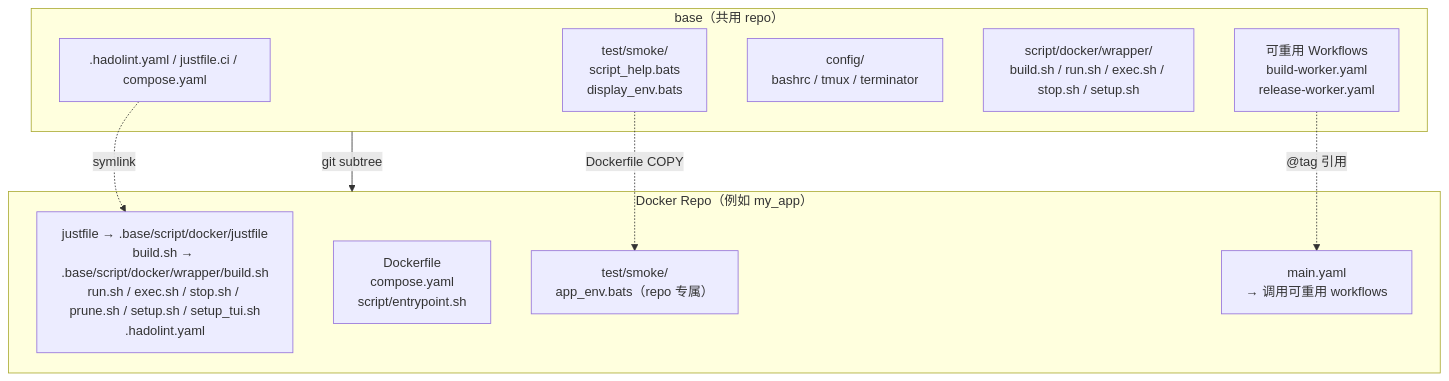
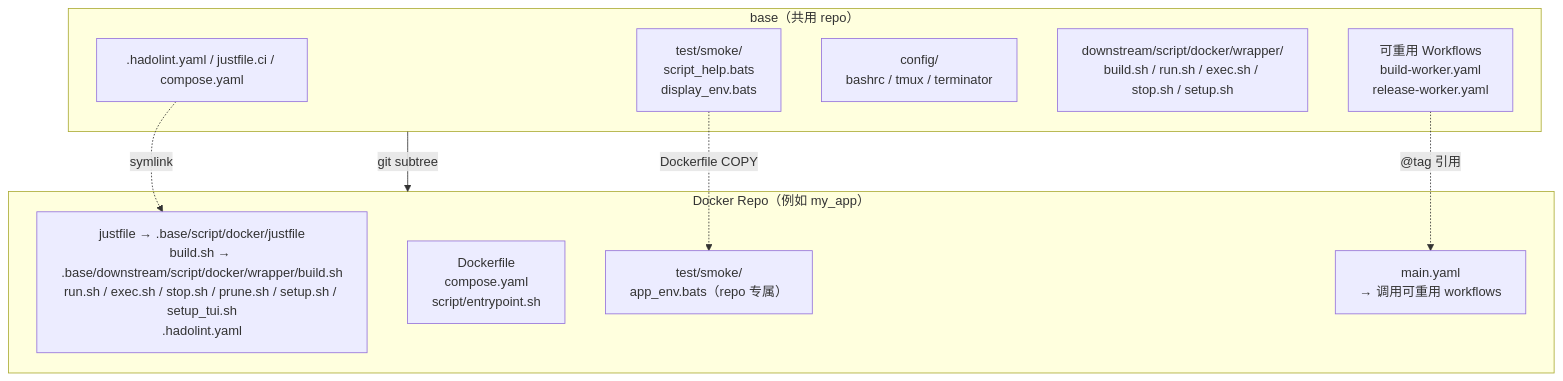
The first of 2 diagrams in doc/readme/README.zh-CN.md (ycpss91255-docker/base), drawn with Mermaid before and after one commit. The commit also changed other lines of this file and 81 other files, not shown here.

First line of the commit message:
refactor(layout): move script/docker lib/runtime/wrapper to downstream/ (#627) (#640)

````diff
--- a/doc/readme/README.zh-CN.md
+++ b/doc/readme/README.zh-CN.md
@@ -79,22 +79,22 @@
 ```mermaid
 graph TB
     subgraph base["base（共用 repo）"]
         scripts[".hadolint.yaml / justfile.ci / compose.yaml"]
         smoke["test/smoke/<br/>script_help.bats<br/>display_env.bats"]
         config["config/<br/>bashrc / tmux / terminator"]
-        mgmt["script/docker/wrapper/<br/>build.sh / run.sh / exec.sh / stop.sh / setup.sh"]
+        mgmt["downstream/script/docker/wrapper/<br/>build.sh / run.sh / exec.sh / stop.sh / setup.sh"]
         workflows["可重用 Workflows<br/>build-worker.yaml<br/>release-worker.yaml"]
     end
 
     subgraph consumer["Docker Repo（例如 my_app）"]
-        symlinks["justfile → .base/script/docker/justfile<br/>build.sh → .base/script/docker/wrapper/build.sh<br/>run.sh / exec.sh / stop.sh / prune.sh / setup.sh / setup_tui.sh<br/>.hadolint.yaml"]
+        symlinks["justfile → .base/script/docker/justfile<br/>build.sh → .base/downstream/script/docker/wrapper/build.sh<br/>run.sh / exec.sh / stop.sh / prune.sh / setup.sh / setup_tui.sh<br/>.hadolint.yaml"]
         dockerfile["Dockerfile<br/>compose.yaml<br/>script/entrypoint.sh"]
         repo_test["test/smoke/<br/>app_env.bats（repo 专属）"]
         main_yaml["main.yaml<br/>→ 调用可重用 workflows"]
     end
 
     base -- "git subtree" --> consumer
     scripts -. "symlink" .-> symlinks
     smoke -. "Dockerfile COPY" .-> repo_test
     workflows -. "@tag 引用" .-> main_yaml
 ```
````
